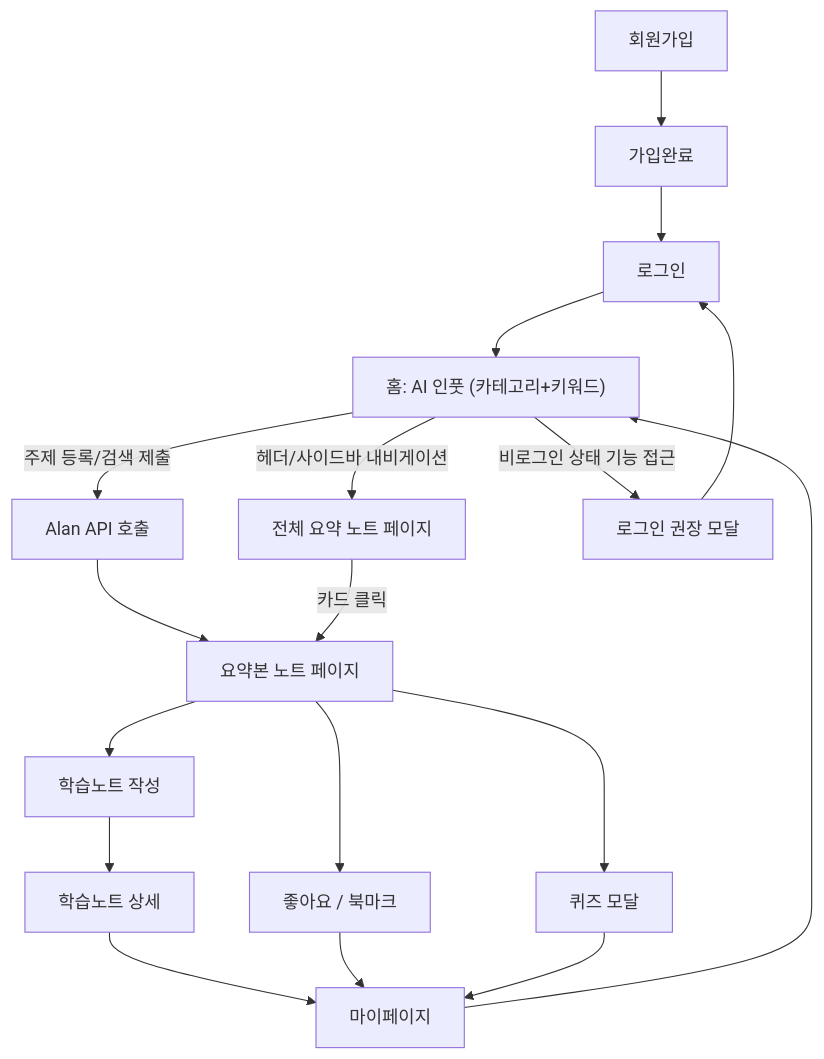
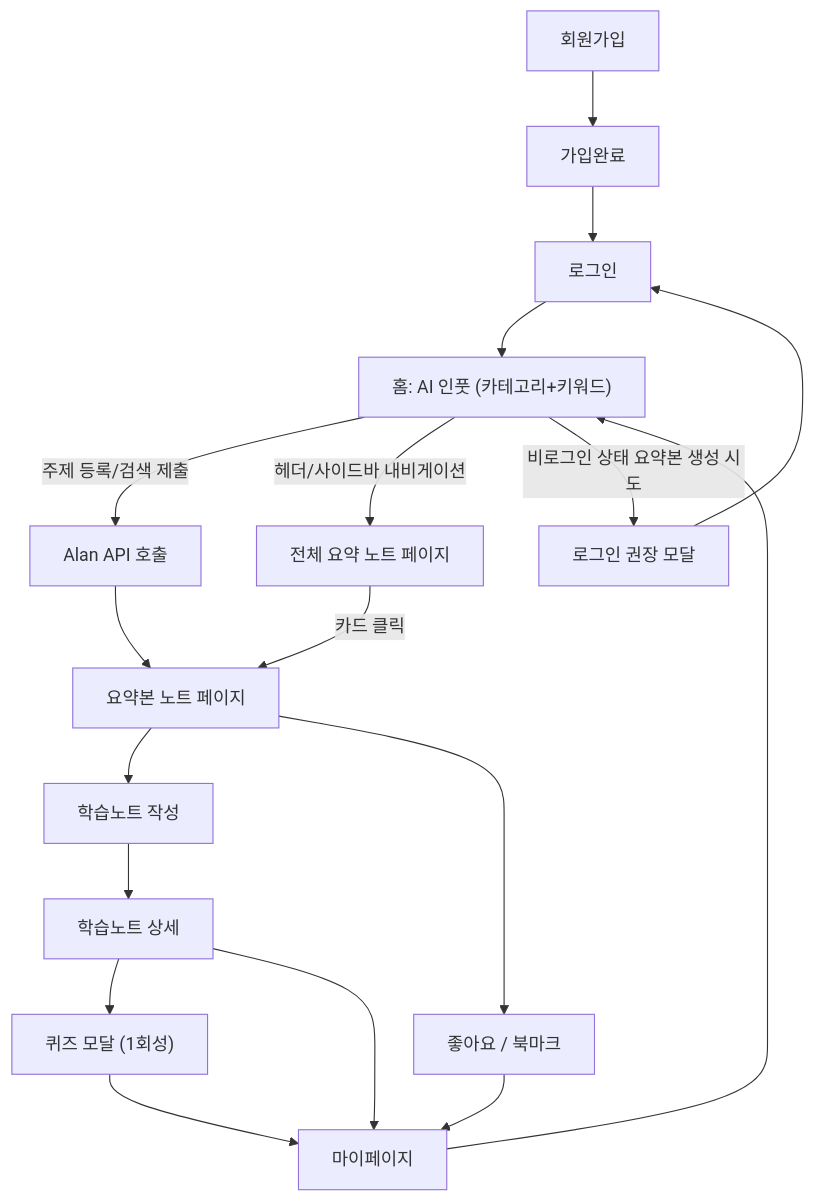
The diagram in project-overview.md (agw76638/feda-context), drawn with Mermaid before and after one commit. The commit also changed other lines of this file and 8 other files, not shown here.

````diff
--- a/project-overview.md
+++ b/project-overview.md
@@ -158,20 +157,20 @@
 ```mermaid
 flowchart TD
   Signup["회원가입"] --> Done["가입완료"]
   Done --> Login["로그인"]
   Login --> Home["홈: AI 인풋 (카테고리+키워드)"]
   Home -->|"주제 등록/검색 제출"| Alan["Alan API 호출"]
   Alan --> Summary["요약본 노트 페이지"]
   Home -->|"헤더/사이드바 내비게이션"| AllSummary["전체 요약 노트 페이지"]
   AllSummary -->|"카드 클릭"| Summary
-  Home -->|"비로그인 상태 기능 접근"| AuthModal["로그인 권장 모달"]
+  Home -->|"비로그인 상태 요약본 생성 시도"| AuthModal["로그인 권장 모달"]
   AuthModal --> Login
-  Summary --> QuizModal["퀴즈 모달"]
   Summary --> NoteWrite["학습노트 작성"]
   NoteWrite --> NoteDetail["학습노트 상세"]
+  NoteDetail --> QuizModal["퀴즈 모달 (1회성)"]
   Summary --> Like["좋아요 / 북마크"]
   NoteDetail --> My["마이페이지"]
   Like --> My
   QuizModal --> My
   My --> Home
 ```
````
